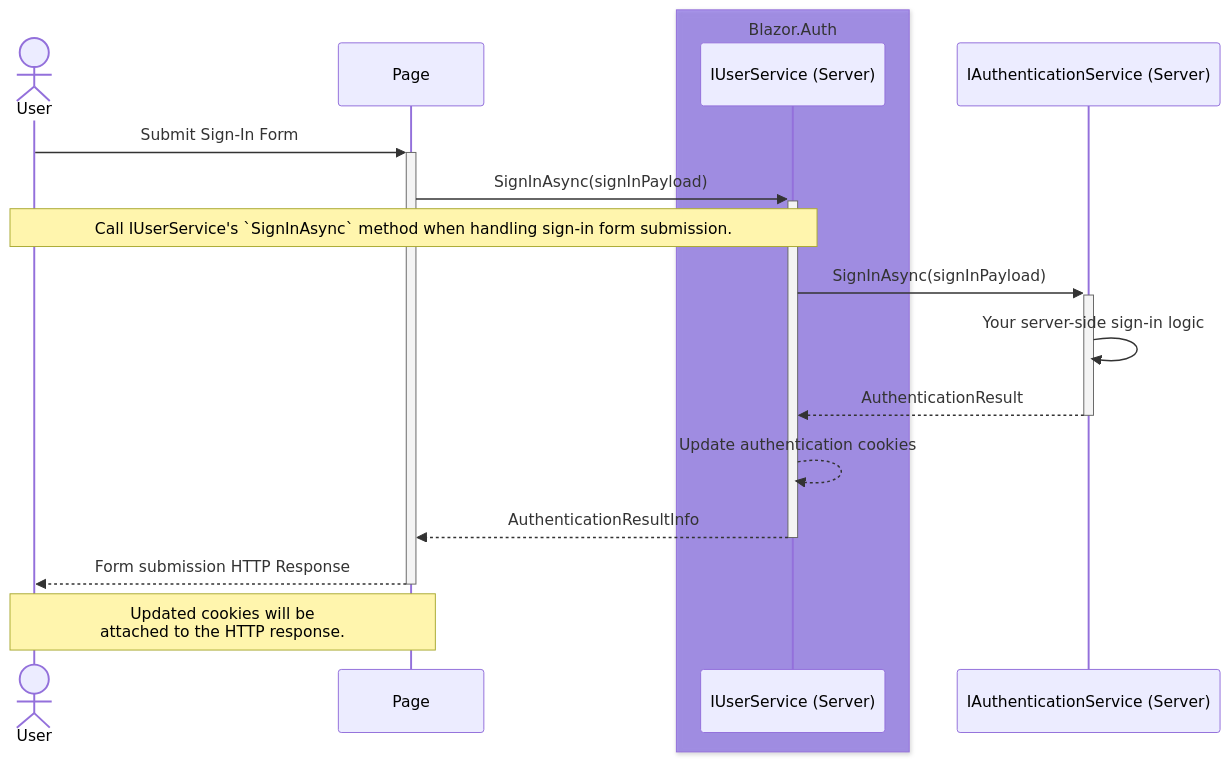
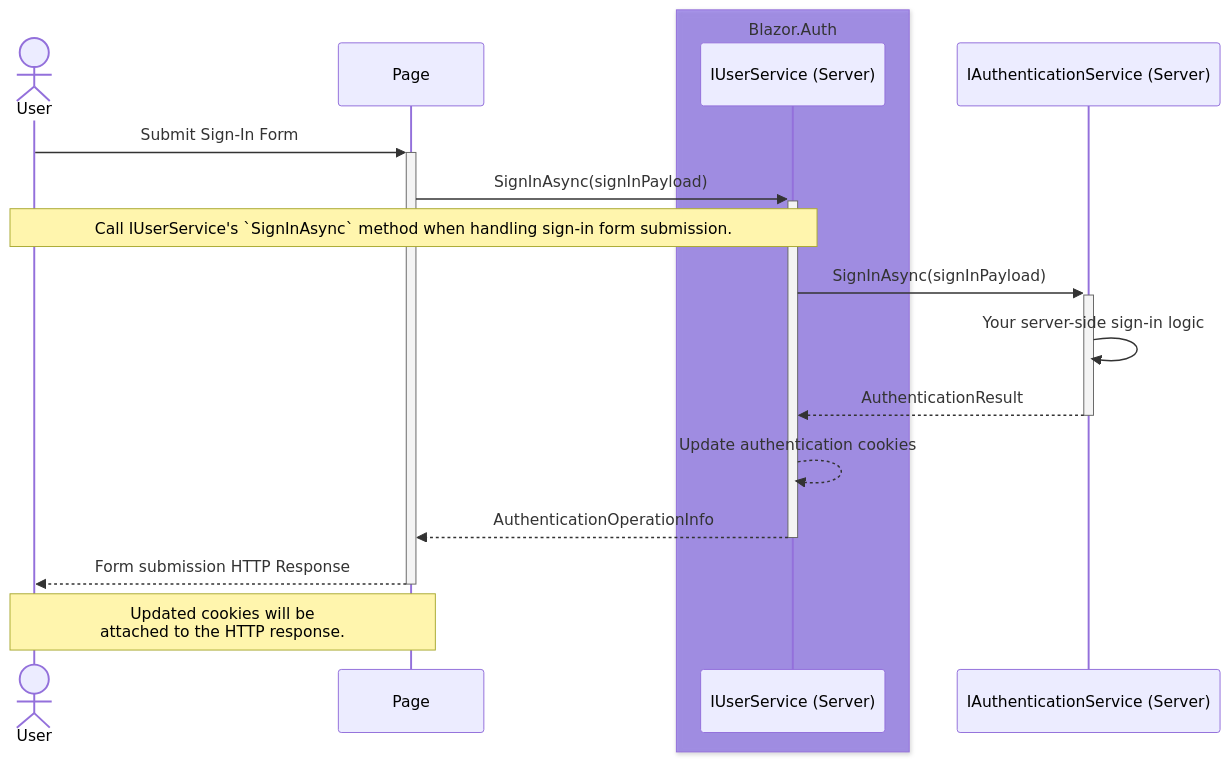
Before and after one commit to BitzArt/Blazor.Auth: the first of 3 diagrams in docs/src/04.use-cases/01.static-ssr.md, drawn with Mermaid. The commit also changed other lines of this file and 10 other files, not shown here.

Commit message:
Rename AuthenticationResultInfo -> AuthenticationOperationInfo

````diff
--- a/docs/src/04.use-cases/01.static-ssr.md
+++ b/docs/src/04.use-cases/01.static-ssr.md
@@ -11,27 +11,27 @@
 ```mermaid
 sequenceDiagram
 
 actor user as User
 participant page as Page
 
 box rgba(101, 63, 232, 0.5) Blazor.Auth
 participant userService as IUserService (Server)
 end
 participant authService as IAuthenticationService (Server)
 
 user ->>+ page: Submit Sign-In Form
 
 page ->>+ userService: SignInAsync(signInPayload)
 note over user,userService: Call IUserService's `SignInAsync` method when handling sign-in form submission.
 
 userService ->>+ authService: SignInAsync(signInPayload)
 authService ->> authService: Your server-side sign-in logic
 
 authService -->>- userService: AuthenticationResult
 
 userService -->> userService: Update authentication cookies
-userService -->>- page: AuthenticationResultInfo
+userService -->>- page: AuthenticationOperationInfo
 
 page -->>- user:  Form submission HTTP Response
 note over user,page: Updated cookies will be <br/> attached to the HTTP response.
 ```
````
